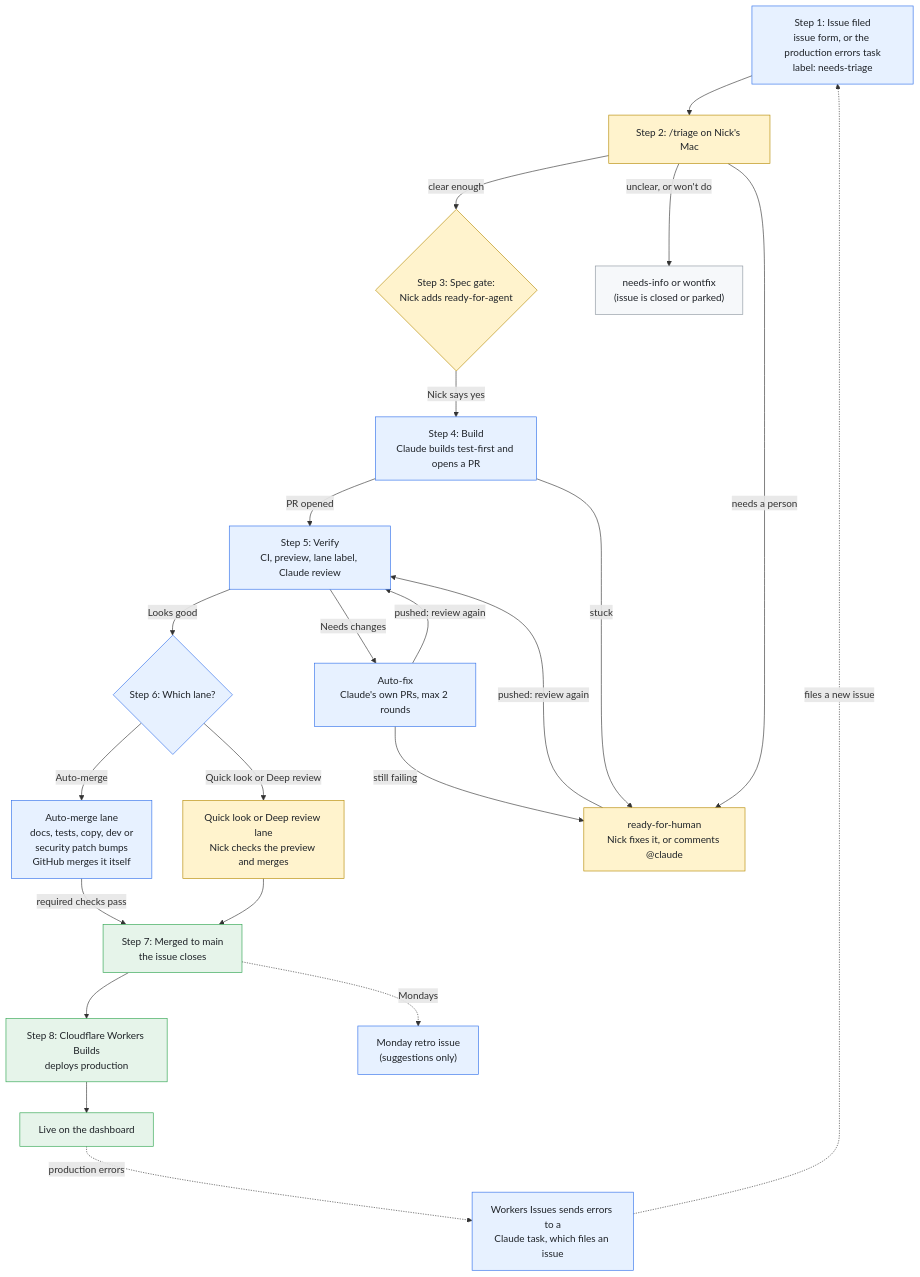
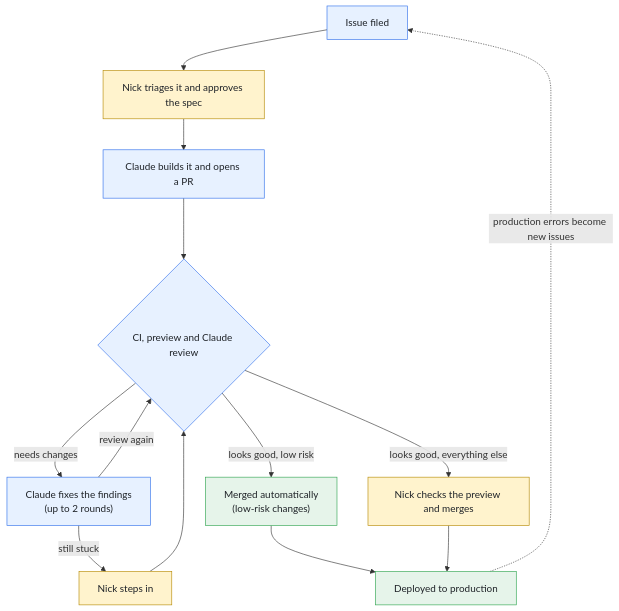
The diagram in docs/agents/software-factory.md (FutureProg/safe-streets-halton-data-dashboard), drawn with Mermaid before and after one commit. The commit also changed other lines of this file, not shown here.

Commit message:
Factory diagram: cut the detailed loop down to the main path
Claude-Session: https://claude.ai/code/session_015kaE8WkYzoYcjnzP5hY3zj

````diff
--- a/docs/agents/software-factory.md
+++ b/docs/agents/software-factory.md
@@ -9,47 +9,27 @@
 ```mermaid
 flowchart TD
   classDef nick fill:#fff3cd,stroke:#b58900,color:#1f2328
   classDef bot fill:#e7f1ff,stroke:#2f6feb,color:#1f2328
   classDef done fill:#e6f4ea,stroke:#2da44e,color:#1f2328
-  classDef side fill:#f6f8fa,stroke:#8c959f,color:#1f2328
 
-  A["Step 1: Issue filed<br/>issue form, or the production errors task<br/>label: needs-triage"]:::bot
-  T["Step 2: /triage on Nick's Mac"]:::nick
-  G{"Step 3: Spec gate:<br/>Nick adds ready-for-agent"}:::nick
-  B["Step 4: Build<br/>Claude builds test-first and opens a PR"]:::bot
-  V["Step 5: Verify<br/>CI, preview, lane label, Claude review"]:::bot
-  L{"Step 6: Which lane?"}:::bot
-  AM["Auto-merge lane<br/>docs, tests, copy, dev or<br/>security patch bumps<br/>GitHub merges it itself"]:::bot
-  N["Quick look or Deep review lane<br/>Nick checks the preview and merges"]:::nick
-  M["Step 7: Merged to main<br/>the issue closes"]:::done
-  D["Step 8: Cloudflare Workers Builds<br/>deploys production"]:::done
-  LIVE["Live on the dashboard"]:::done
+  A["Issue filed"]:::bot
+  T["Nick triages it and approves the spec"]:::nick
+  B["Claude builds it and opens a PR"]:::bot
+  V{"CI, preview and Claude review"}:::bot
+  F["Claude fixes the findings<br/>(up to 2 rounds)"]:::bot
+  H["Nick steps in"]:::nick
+  AM["Merged automatically<br/>(low-risk changes)"]:::done
+  N["Nick checks the preview and merges"]:::nick
+  D["Deployed to production"]:::done
 
-  X["Auto-fix<br/>Claude's own PRs, max 2 rounds"]:::bot
-  H["ready-for-human<br/>Nick fixes it, or comments @claude"]:::nick
-  I["needs-info or wontfix<br/>(issue is closed or parked)"]:::side
-  E["Workers Issues sends errors to a<br/>Claude task, which files an issue"]:::bot
-  R["Monday retro issue<br/>(suggestions only)"]:::bot
-
-  A --> T
-  T -->|"clear enough"| G
-  T -->|"unclear, or won't do"| I
-  T -->|"needs a person"| H
-  G -->|"Nick says yes"| B
-  B -->|"PR opened"| V
-  B -->|"stuck"| H
-  V -->|"Looks good"| L
-  V -->|"Needs changes"| X
-  X -->|"pushed: review again"| V
-  X -->|"still failing"| H
-  L -->|"Auto-merge"| AM
-  L -->|"Quick look or Deep review"| N
-  AM -->|"required checks pass"| M
-  N --> M
-  H -->|"pushed: review again"| V
-  M --> D
-  D --> LIVE
-  LIVE -.->|"production errors"| E
-  E -.->|"files a new issue"| A
-  M -.->|"Mondays"| R
+  A --> T --> B --> V
+  V -->|"needs changes"| F
+  F -->|"review again"| V
+  F -->|"still stuck"| H
+  H --> V
+  V -->|"looks good, low risk"| AM
+  V -->|"looks good, everything else"| N
+  AM --> D
+  N --> D
+  D -.->|"production errors become new issues"| A
 ```
````
